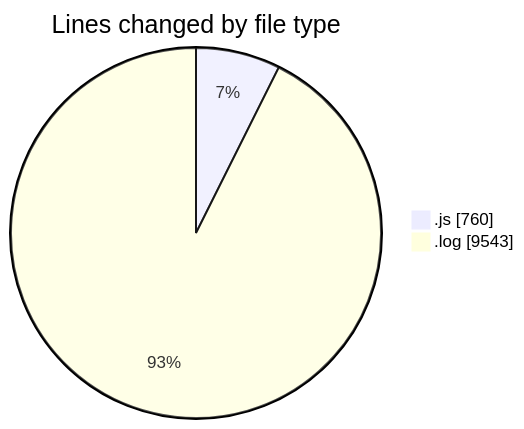
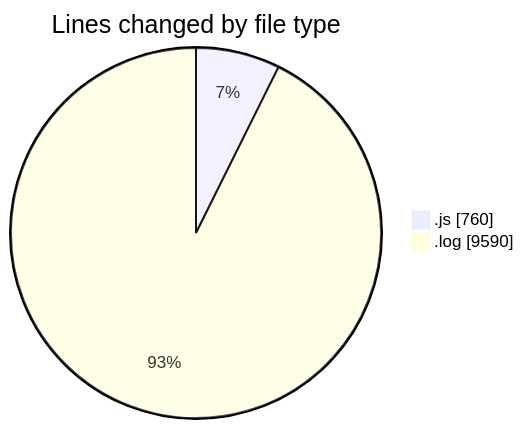
One commit to BS-eng2023/code-tracking changed the first of 2 diagrams in 2025-04-04/jsvms/README.md. Above: the diagram before and after it, drawn with Mermaid. The commit also changed other lines of this file and 1 other file, not shown here.

````diff
--- a/2025-04-04/jsvms/README.md
+++ b/2025-04-04/jsvms/README.md
@@ -28,6 +28,6 @@
 ```mermaid
 pie showData
 title Lines changed by file type
 ".js" : 760
-".log" : 9543
+".log" : 9590
 ```
````
